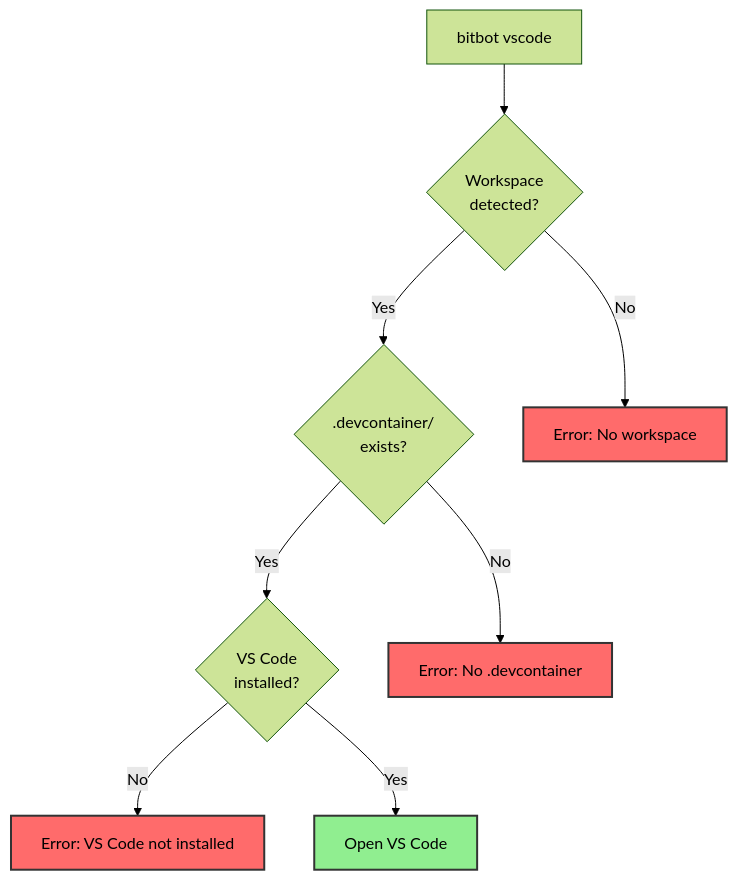
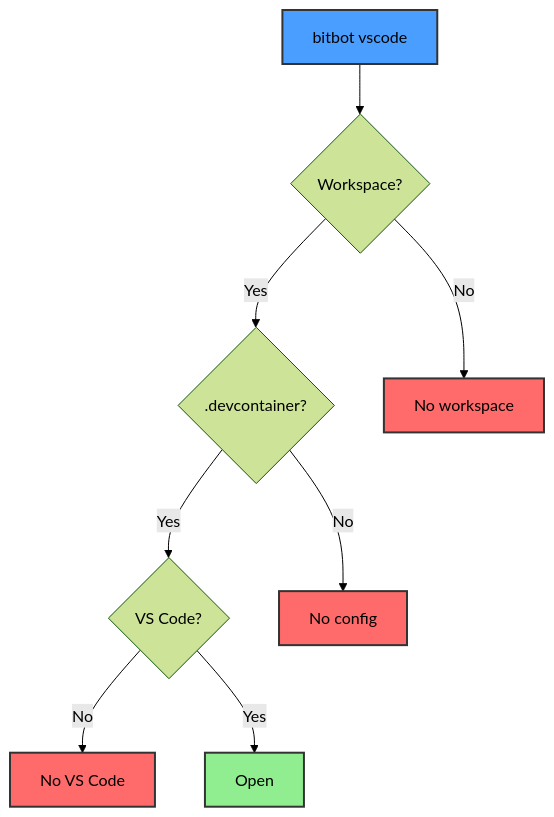
The sixth of 6 diagrams in sparc/3-architecture/diagrams/04-vscode-integration.md (ManuelKugelmann/BitBot), drawn with Mermaid (forest theme) before and after one commit. The commit also changed other lines of this file and 5 other files, not shown here.

First line of the commit message:
Remove Docker from config mode in architecture diagrams

````diff
--- a/sparc/3-architecture/diagrams/04-vscode-integration.md
+++ b/sparc/3-architecture/diagrams/04-vscode-integration.md
@@ -390,24 +396,25 @@
 ```mermaid
 flowchart TD
     START[bitbot vscode]
-    CHECK_WS{Workspace<br/>detected?}
-    CHECK_DC{.devcontainer/<br/>exists?}
-    CHECK_CODE{VS Code<br/>installed?}
-    SUCCESS[Open VS Code]
-    ERROR1[Error: No workspace]
-    ERROR2[Error: No .devcontainer]
-    ERROR3[Error: VS Code not installed]
+    CHECK_WS{Workspace?}
+    CHECK_DC{.devcontainer?}
+    CHECK_CODE{VS Code?}
+    SUCCESS[Open]
+    ERROR1[No workspace]
+    ERROR2[No config]
+    ERROR3[No VS Code]
 
     START --> CHECK_WS
     CHECK_WS -->|No| ERROR1
     CHECK_WS -->|Yes| CHECK_DC
     CHECK_DC -->|No| ERROR2
     CHECK_DC -->|Yes| CHECK_CODE
     CHECK_CODE -->|No| ERROR3
     CHECK_CODE -->|Yes| SUCCESS
 
+    style START fill:#4a9eff,stroke:#333,stroke-width:2px
     style ERROR1 fill:#ff6b6b,stroke:#333,stroke-width:2px
     style ERROR2 fill:#ff6b6b,stroke:#333,stroke-width:2px
     style ERROR3 fill:#ff6b6b,stroke:#333,stroke-width:2px
     style SUCCESS fill:#90ee90,stroke:#333,stroke-width:2px
 ```
````
